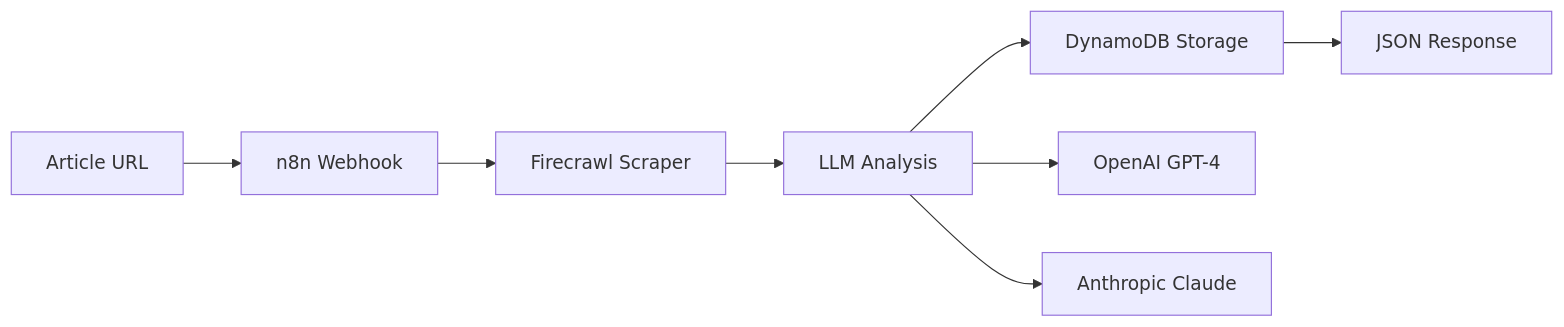
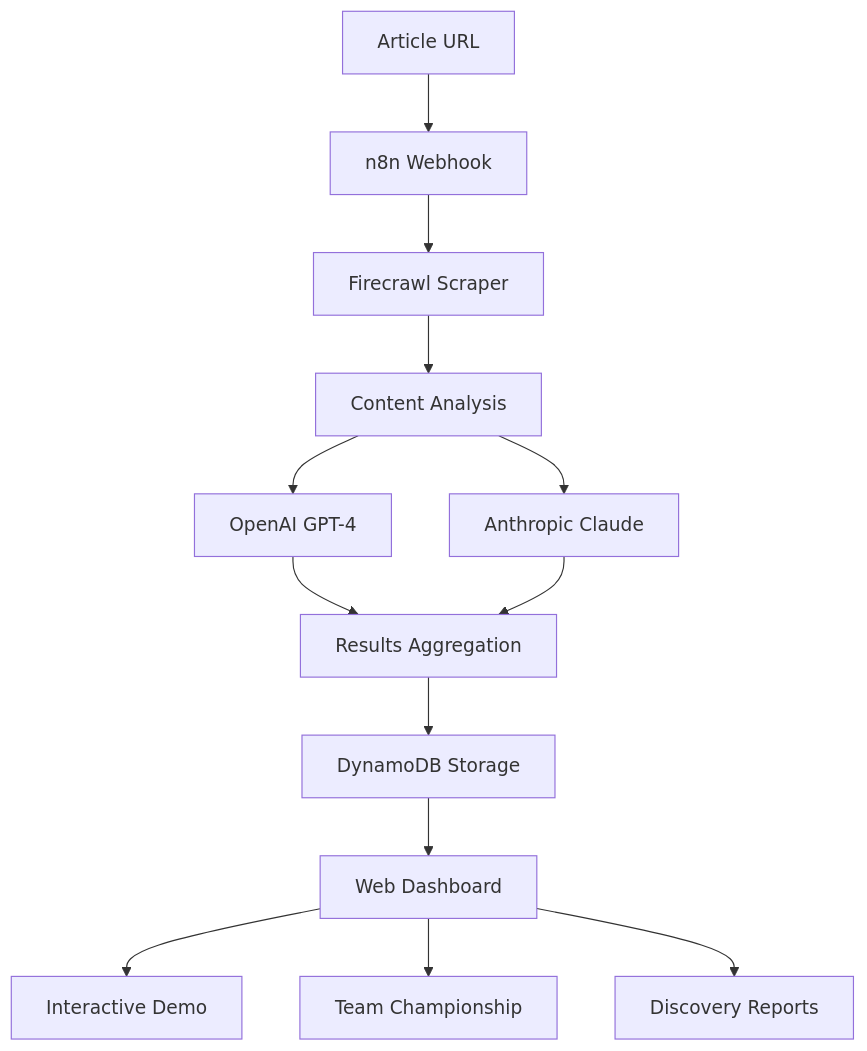
One commit to dp-pcs/expertise-inflation-index changed the diagram in README.md. Above: the diagram before and after it, drawn with Mermaid. The commit also changed other lines of this file and 5 other files, not shown here.

First line of the commit message:
Fix article count issue: Use complete dataset for demo analysis

````diff
--- a/README.md
+++ b/README.md
@@ -104,11 +75,15 @@
 ```mermaid
-graph LR
+graph TB
     A[Article URL] --> B[n8n Webhook]
-    B --> C[Firecrawl Scraper]
-    C --> D[LLM Analysis]
-    D --> E[DynamoDB Storage]
-    E --> F[JSON Response]
-    
-    D --> G[OpenAI GPT-4]
-    D --> H[Anthropic Claude]
+    B --> C[Firecrawl Scraper] 
+    C --> D[Content Analysis]
+    D --> E[OpenAI GPT-4]
+    D --> F[Anthropic Claude]
+    E --> G[Results Aggregation]
+    F --> G
+    G --> H[DynamoDB Storage]
+    H --> I[Web Dashboard]
+    I --> J[Interactive Demo]
+    I --> K[Team Championship]
+    I --> L[Discovery Reports]
 ```
````
